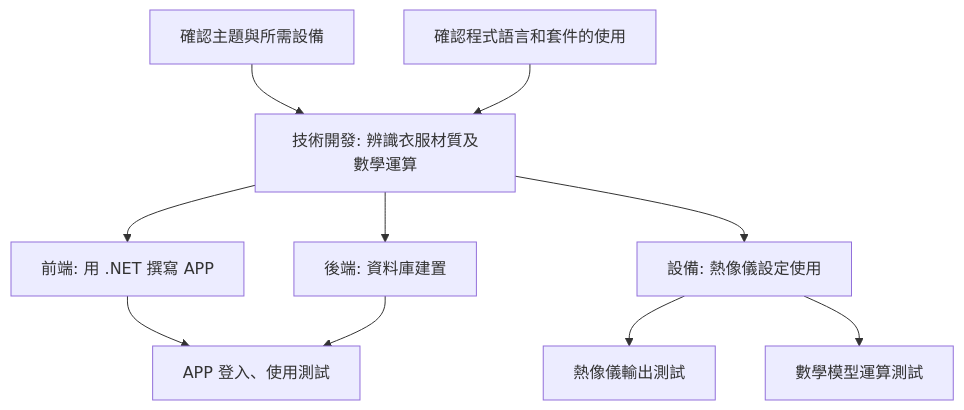
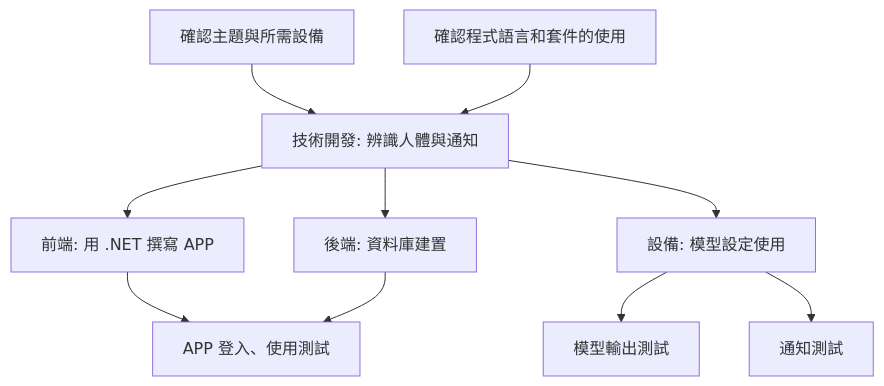
The second of 2 diagrams in hw2.md (023lu/-), drawn with Mermaid before and after one commit. The commit also changed other lines of this file, not shown here.

````diff
--- a/hw2.md
+++ b/hw2.md
@@ -20,12 +20,12 @@
 ```mermaid
 graph TD;
-    A[確認主題與所需設備]-->C[技術開發: 辨識衣服材質及數學運算];
-    B[確認程式語言和套件的使用]-->C[技術開發: 辨識衣服材質及數學運算];
-    C[技術開發: 辨識衣服材質及數學運算]-->D[前端: 用 .NET 撰寫 APP];
-    C[技術開發: 辨識衣服材質及數學運算]-->E[後端: 資料庫建置];
-    C[技術開發: 辨識衣服材質及數學運算]-->F[設備: 熱像儀設定使用];
+    A[確認主題與所需設備]-->C[技術開發: 模型訓練];
+    B[確認程式語言和套件的使用]-->C[技術開發: 辨識人體與通知];
+    C[技術開發: 辨識人體與通知]-->D[前端: 用 .NET 撰寫 APP];
+    C[技術開發: 辨識人體與通知]-->E[後端: 資料庫建置];
+    C[技術開發: 辨識人體與通知]-->F[設備: 模型設定使用];
     D[前端: 用 .NET 撰寫 APP]-->I[APP 登入、使用測試];
     E[後端: 資料庫建置]-->I[APP 登入、使用測試];
-    F[設備: 熱像儀設定使用]-->G[熱像儀輸出測試];
-    F[設備: 熱像儀設定使用]-->H[數學模型運算測試]; 
+    F[設備: 模型設定使用]-->G[模型輸出測試];
+    F[設備: 模型設定使用]-->H[通知測試]; 
 ```
````
